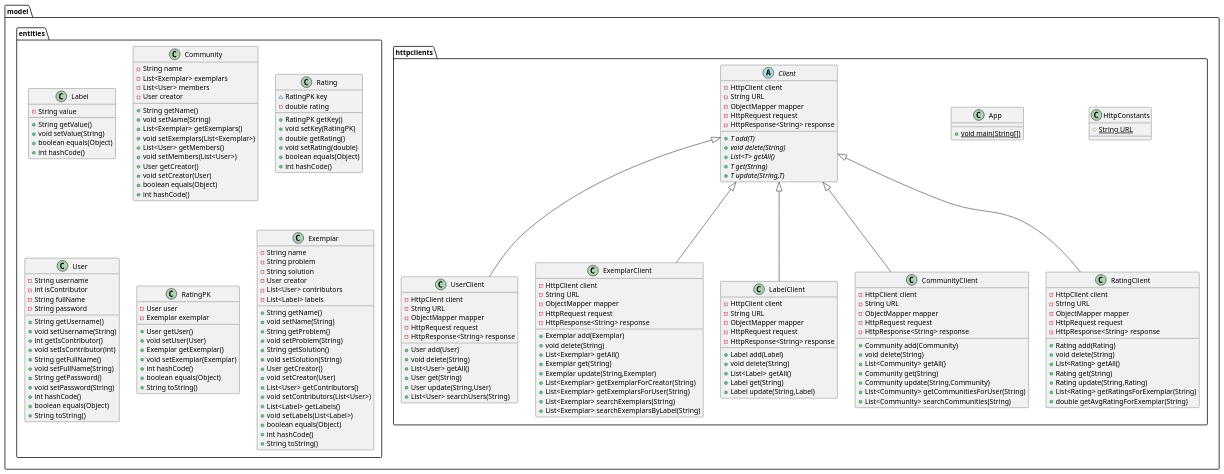
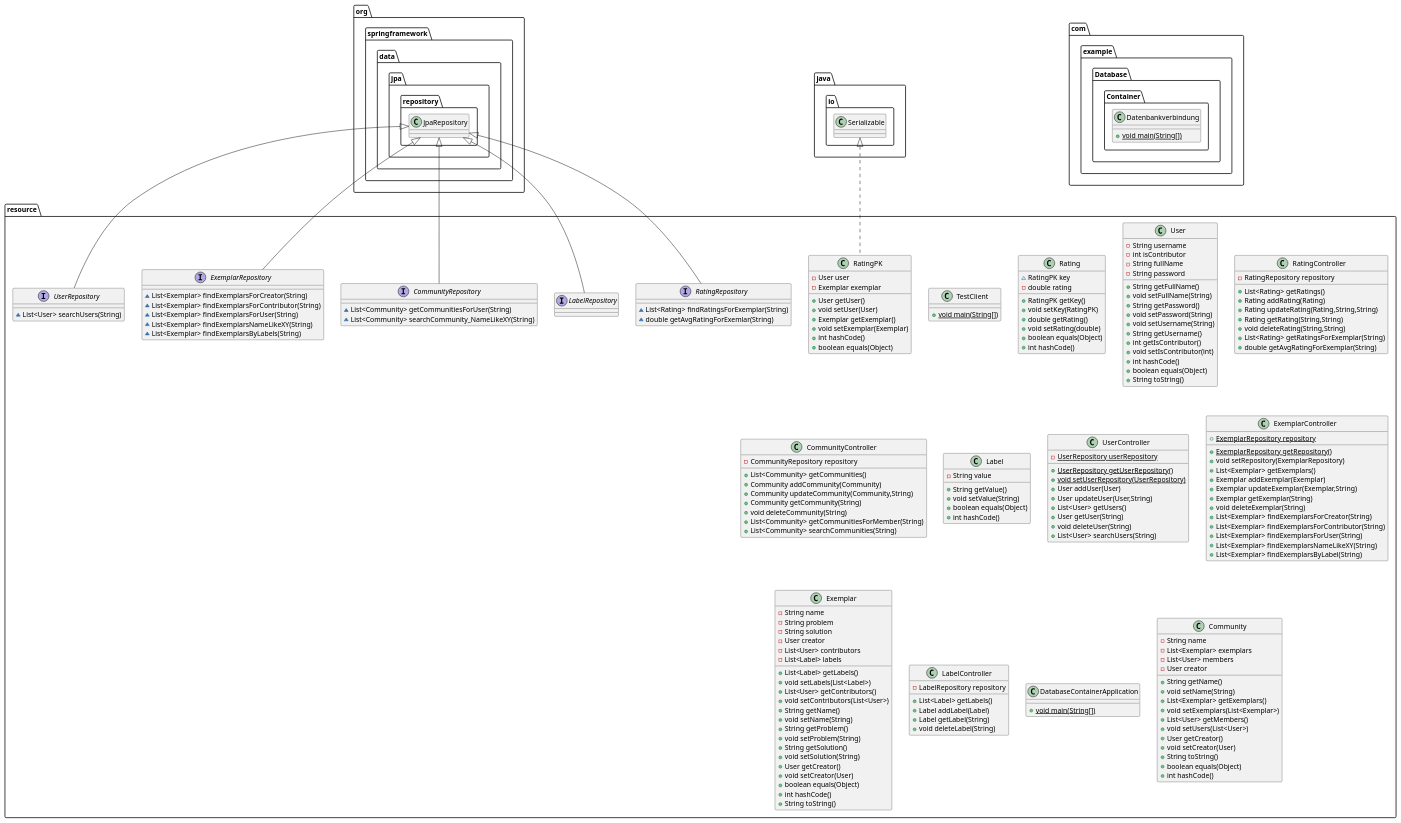
One commit to kevschuetz/exemplar-mgmt-system-swing changed the diagram in Documents/Release 2/backEnd.puml. Above: the diagram before and after it, drawn with PlantUML. The commit also changed 2 other files, not shown here.

```diff
--- a/Documents/Release 2/backEnd.puml
+++ b/Documents/Release 2/backEnd.puml
@@ -1,180 +1,176 @@
 @startuml
-class model.httpclients.UserClient {
-- HttpClient client
-- String URL
-- ObjectMapper mapper
-- HttpRequest request
-- HttpResponse<String> response
-+ User add(User)
-+ void delete(String)
-+ List<User> getAll()
-+ User get(String)
-+ User update(String,User)
-+ List<User> searchUsers(String)
+class resource.TestClient {
++ {static} void main(String[])
 }
-class model.entities.Label {
+class resource.Rating {
+~ RatingPK key
+- double rating
++ RatingPK getKey()
++ void setKey(RatingPK)
++ double getRating()
++ void setRating(double)
++ boolean equals(Object)
++ int hashCode()
+}
+interface resource.UserRepository {
+~ List<User> searchUsers(String)
+}
+class resource.User {
+- String username
+- int isContributor
+- String fullName
+- String password
++ String getFullName()
++ void setFullName(String)
++ String getPassword()
++ void setPassword(String)
++ void setUsername(String)
++ String getUsername()
++ int getIsContributor()
++ void setIsContributor(int)
++ int hashCode()
++ boolean equals(Object)
++ String toString()
+}
+class resource.RatingController {
+- RatingRepository repository
++ List<Rating> getRatings()
++ Rating addRating(Rating)
++ Rating updateRating(Rating,String,String)
++ Rating getRating(String,String)
++ void deleteRating(String,String)
++ List<Rating> getRatingsForExemplar(String)
++ double getAvgRatingForExemplar(String)
+}
+interface resource.RatingRepository {
+~ List<Rating> findRatingsForExemplar(String)
+~ double getAvgRatingForExemlar(String)
+}
+class resource.CommunityController {
+- CommunityRepository repository
++ List<Community> getCommunities()
++ Community addCommunity(Community)
++ Community updateCommunity(Community,String)
++ Community getCommunity(String)
++ void deleteCommunity(String)
++ List<Community> getCommunitiesForMember(String)
++ List<Community> searchCommunities(String)
+}
+class resource.Label {
 - String value
 + String getValue()
 + void setValue(String)
 + boolean equals(Object)
 + int hashCode()
 }
-class model.httpclients.HttpConstants {
-# {static} String URL
+class resource.UserController {
+- {static} UserRepository userRepository
++ {static} UserRepository getUserRepository()
++ {static} void setUserRepository(UserRepository)
++ User addUser(User)
++ User updateUser(User,String)
++ List<User> getUsers()
++ User getUser(String)
++ void deleteUser(String)
++ List<User> searchUsers(String)
 }
-class model.httpclients.App {
+interface resource.LabelRepository {
+}
+class resource.ExemplarController {
++ {static} ExemplarRepository repository
++ {static} ExemplarRepository getRepository()
++ void setRepository(ExemplarRepository)
++ List<Exemplar> getExemplars()
++ Exemplar addExemplar(Exemplar)
++ Exemplar updateExemplar(Exemplar,String)
++ Exemplar getExemplar(String)
++ void deleteExemplar(String)
++ List<Exemplar> findExemplarsForCreator(String)
++ List<Exemplar> findExemplarsForContributor(String)
++ List<Exemplar> findExemplarsForUser(String)
++ List<Exemplar> findExemplarsNameLikeXY(String)
++ List<Exemplar> findExemplarsByLabel(String)
+}
+class com.example.Database.Container.Datenbankverbindung {
 + {static} void main(String[])
 }
-class model.httpclients.ExemplarClient {
-- HttpClient client
-- String URL
-- ObjectMapper mapper
-- HttpRequest request
-- HttpResponse<String> response
-+ Exemplar add(Exemplar)
-+ void delete(String)
-+ List<Exemplar> getAll()
-+ Exemplar get(String)
-+ Exemplar update(String,Exemplar)
-+ List<Exemplar> getExemplarForCreator(String)
-+ List<Exemplar> getExemplarsForUser(String)
-+ List<Exemplar> searchExemplars(String)
-+ List<Exemplar> searchExemplarsByLabel(String)
+interface resource.CommunityRepository {
+~ List<Community> getCommunitiesForUser(String)
+~ List<Community> searchCommunity_NameLikeXY(String)
 }
-class model.entities.Community {
+class resource.Exemplar {
+- String name
+- String problem
+- String solution
+- User creator
+- List<User> contributors
+- List<Label> labels
++ List<Label> getLabels()
++ void setLabels(List<Label>)
++ List<User> getContributors()
++ void setContributors(List<User>)
++ String getName()
++ void setName(String)
++ String getProblem()
++ void setProblem(String)
++ String getSolution()
++ void setSolution(String)
++ User getCreator()
++ void setCreator(User)
++ boolean equals(Object)
++ int hashCode()
++ String toString()
+}
+class resource.LabelController {
+- LabelRepository repository
++ List<Label> getLabels()
++ Label addLabel(Label)
++ Label getLabel(String)
++ void deleteLabel(String)
+}
+class resource.DatabaseContainerApplication {
++ {static} void main(String[])
+}
+interface resource.ExemplarRepository {
+~ List<Exemplar> findExemplarsForCreator(String)
+~ List<Exemplar> findExemplarsForContributor(String)
+~ List<Exemplar> findExemplarsForUser(String)
+~ List<Exemplar> findExemplarsNameLikeXY(String)
+~ List<Exemplar> findExemplarsByLabels(String)
+}
+class resource.Community {
 - String name
 - List<Exemplar> exemplars
 - List<User> members
 - User creator
 + String getName()
 + void setName(String)
 + List<Exemplar> getExemplars()
 + void setExemplars(List<Exemplar>)
 + List<User> getMembers()
-+ void setMembers(List<User>)
++ void setUsers(List<User>)
 + User getCreator()
 + void setCreator(User)
++ String toString()
 + boolean equals(Object)
 + int hashCode()
 }
-class model.httpclients.LabelClient {
-- HttpClient client
-- String URL
-- ObjectMapper mapper
-- HttpRequest request
-- HttpResponse<String> response
-+ Label add(Label)
-+ void delete(String)
-+ List<Label> getAll()
-+ Label get(String)
-+ Label update(String,Label)
-}
-abstract class model.httpclients.Client {
-- HttpClient client
-- String URL
-- ObjectMapper mapper
-- HttpRequest request
-- HttpResponse<String> response
-+ {abstract}T add(T)
-+ {abstract}void delete(String)
-+ {abstract}List<T> getAll()
-+ {abstract}T get(String)
-+ {abstract}T update(String,T)
-}
-class model.entities.Rating {
-~ RatingPK key
-- double rating
-+ RatingPK getKey()
-+ void setKey(RatingPK)
-+ double getRating()
-+ void setRating(double)
-+ boolean equals(Object)
-+ int hashCode()
-}
-class model.httpclients.CommunityClient {
-- HttpClient client
-- String URL
-- ObjectMapper mapper
-- HttpRequest request
-- HttpResponse<String> response
-+ Community add(Community)
-+ void delete(String)
-+ List<Community> getAll()
-+ Community get(String)
-+ Community update(String,Community)
-+ List<Community> getCommunitiesForUser(String)
-+ List<Community> searchCommunities(String)
-}
-class model.entities.User {
-- String username
-- int isContributor
-- String fullName
-- String password
-+ String getUsername()
-+ void setUsername(String)
-+ int getIsContributor()
-+ void setIsContributor(int)
-+ String getFullName()
-+ void setFullName(String)
-+ String getPassword()
-+ void setPassword(String)
-+ int hashCode()
-+ boolean equals(Object)
-+ String toString()
-}
-class model.entities.RatingPK {
+class resource.RatingPK {
 - User user
 - Exemplar exemplar
 + User getUser()
 + void setUser(User)
 + Exemplar getExemplar()
 + void setExemplar(Exemplar)
 + int hashCode()
 + boolean equals(Object)
-+ String toString()
-}
-class model.httpclients.RatingClient {
-- HttpClient client
-- String URL
-- ObjectMapper mapper
-- HttpRequest request
-- HttpResponse<String> response
-+ Rating add(Rating)
-+ void delete(String)
-+ List<Rating> getAll()
-+ Rating get(String)
-+ Rating update(String,Rating)
-+ List<Rating> getRatingsForExemplar(String)
-+ double getAvgRatingForExemplar(String)
-}
-class model.entities.Exemplar {
-- String name
-- String problem
-- String solution
-- User creator
-- List<User> contributors
-- List<Label> labels
-+ String getName()
-+ void setName(String)
-+ String getProblem()
-+ void setProblem(String)
-+ String getSolution()
-+ void setSolution(String)
-+ User getCreator()
-+ void setCreator(User)
-+ List<User> getContributors()
-+ void setContributors(List<User>)
-+ List<Label> getLabels()
-+ void setLabels(List<Label>)
-+ boolean equals(Object)
-+ int hashCode()
-+ String toString()
 }
 
 
-model.httpclients.Client <|-- model.httpclients.UserClient
-model.httpclients.Client <|-- model.httpclients.ExemplarClient
-model.httpclients.Client <|-- model.httpclients.LabelClient
-model.httpclients.Client <|-- model.httpclients.CommunityClient
-model.httpclients.Client <|-- model.httpclients.RatingClient
+org.springframework.data.jpa.repository.JpaRepository <|-- resource.UserRepository
+org.springframework.data.jpa.repository.JpaRepository <|-- resource.RatingRepository
+org.springframework.data.jpa.repository.JpaRepository <|-- resource.LabelRepository
+org.springframework.data.jpa.repository.JpaRepository <|-- resource.CommunityRepository
+org.springframework.data.jpa.repository.JpaRepository <|-- resource.ExemplarRepository
+java.io.Serializable <|.. resource.RatingPK
 @enduml
```
